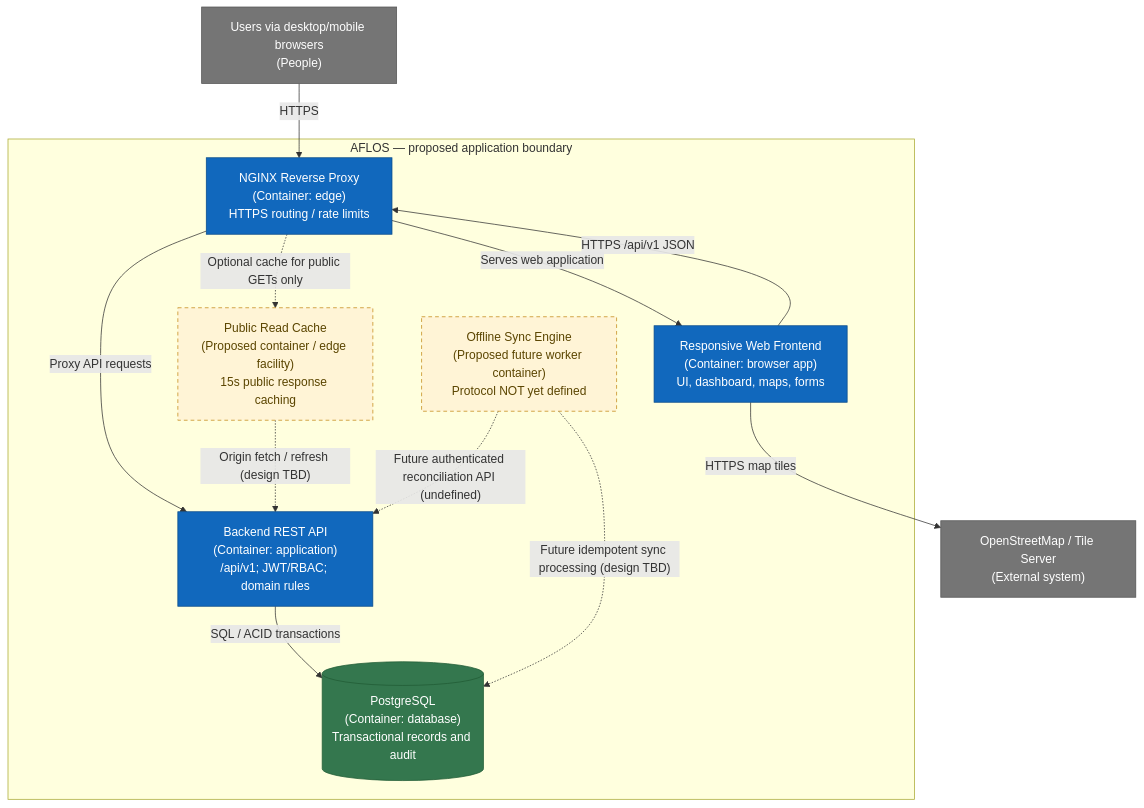
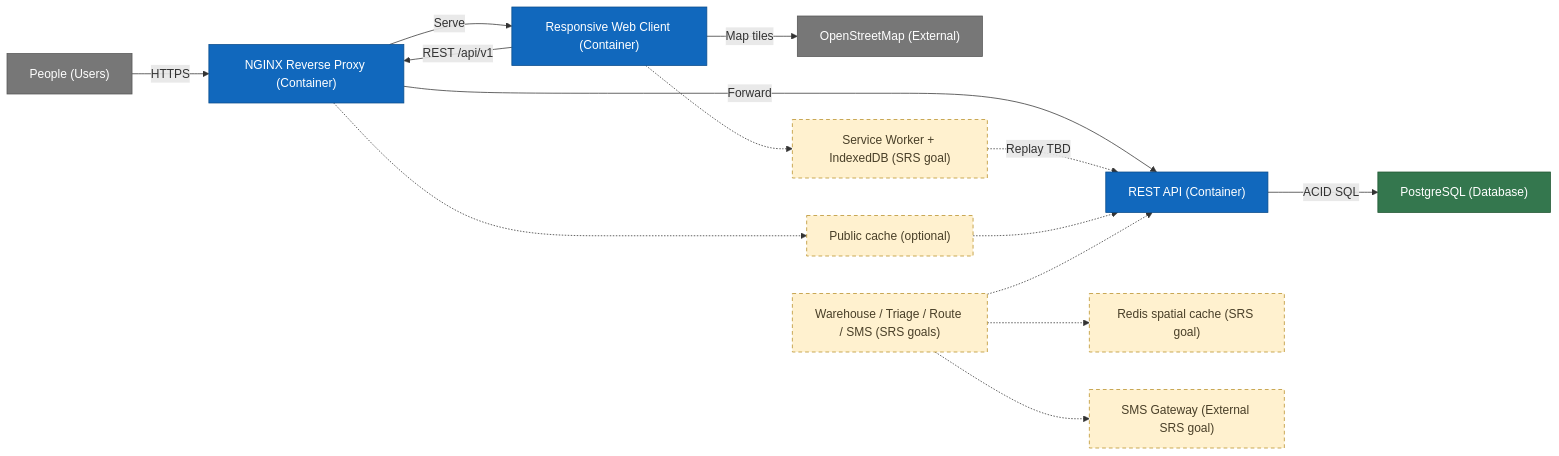
One commit to CoskunerBerke/AFLOS changed the diagram in docs/architecture/diagrams/c4_level2_containers.mmd. Above: the diagram before and after it, drawn with Mermaid. The commit also changed 10 other files, not shown here.

Commit message:
docs(architecture): align C4 model with Sprint 2 SRS

```diff
--- a/docs/architecture/diagrams/c4_level2_containers.mmd
+++ b/docs/architecture/diagrams/c4_level2_containers.mmd
@@ -1,32 +1,22 @@
-flowchart TB
-    Users["Users via desktop/mobile browsers<br/>(People)"]
-    Map["OpenStreetMap / Tile Server<br/>(External system)"]
-
-    subgraph AFLOS["AFLOS — proposed application boundary"]
-        Proxy["NGINX Reverse Proxy<br/>(Container: edge)<br/>HTTPS routing / rate limits"]
-        Web["Responsive Web Frontend<br/>(Container: browser app)<br/>UI, dashboard, maps, forms"]
-        API["Backend REST API<br/>(Container: application)<br/>/api/v1; JWT/RBAC; domain rules"]
-        DB[("PostgreSQL<br/>(Container: database)<br/>Transactional records and audit")]
-        Cache["Public Read Cache<br/>(Proposed container / edge facility)<br/>15s public response caching"]
-        Sync["Offline Sync Engine<br/>(Proposed future worker container)<br/>Protocol NOT yet defined"]
-    end
-
-    Users -->|"HTTPS"| Proxy
-    Proxy -->|"Serves web application"| Web
-    Web -->|"HTTPS /api/v1 JSON"| Proxy
-    Proxy -->|"Proxy API requests"| API
-    Web -->|"HTTPS map tiles"| Map
-    API -->|"SQL / ACID transactions"| DB
-    Proxy -.->|"Optional cache for public GETs only"| Cache
-    Cache -.->|"Origin fetch / refresh (design TBD)"| API
-    Sync -.->|"Future authenticated reconciliation API (undefined)"| API
-    Sync -.->|"Future idempotent sync processing (design TBD)"| DB
-
-    classDef current fill:#1168bd,color:#fff,stroke:#084b8a
-    classDef data fill:#34774e,color:#fff,stroke:#215c35
-    classDef proposed fill:#fff4d6,color:#5b4500,stroke:#c58b19,stroke-dasharray:5 4
-    classDef external fill:#757575,color:#fff,stroke:#555
-    class Proxy,Web,API current
-    class DB data
-    class Cache,Sync proposed
-    class Users,Map external
+flowchart LR
+  Users["People (Users)"] -->|HTTPS| Edge["NGINX Reverse Proxy (Container)"]
+  Edge -->|Serve| Web["Responsive Web Client (Container)"]
+  Web -->|REST /api/v1| Edge
+  Edge -->|Forward| API["REST API (Container)"]
+  API -->|ACID SQL| DB["PostgreSQL (Database)"]
+  Web -->|Map tiles| OSM["OpenStreetMap (External)"]
+  Web -.-> PWA["Service Worker + IndexedDB (SRS goal)"]
+  PWA -.->|Replay TBD| API
+  Edge -.-> Cache["Public cache (optional)"]
+  Cache -.-> API
+  Extensions["Warehouse / Triage / Route / SMS (SRS goals)"] -.-> API
+  Extensions -.-> Redis["Redis spatial cache (SRS goal)"]
+  Extensions -.-> SMS["SMS Gateway (External SRS goal)"]
+  classDef baseline fill:#1168bd,color:#fff,stroke:#084b8a
+  classDef data fill:#34774e,color:#fff,stroke:#205632
+  classDef external fill:#777,color:#fff,stroke:#555
+  classDef proposal fill:#fff1cf,color:#493f28,stroke:#b78e24,stroke-dasharray:5 4
+  class Edge,Web,API baseline
+  class DB data
+  class Users,OSM external
+  class PWA,Cache,Extensions,Redis,SMS proposal
```
